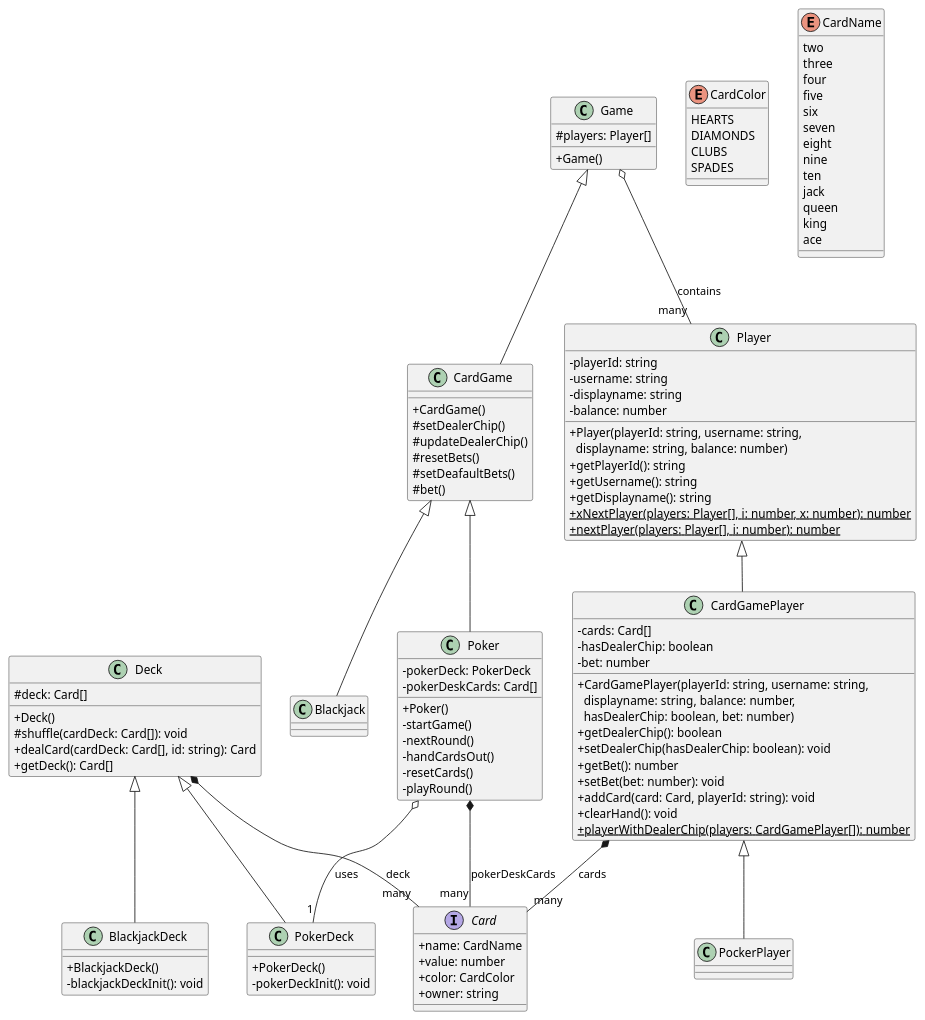
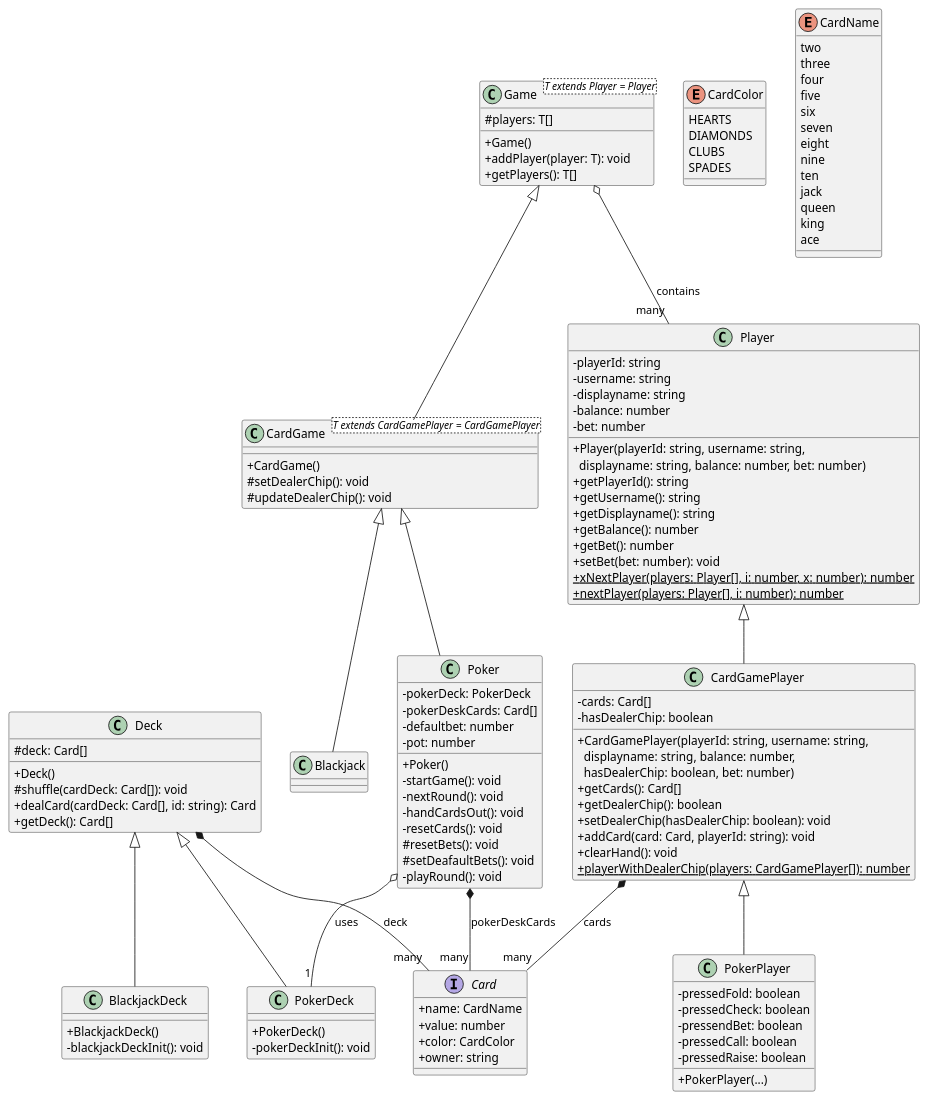
One commit to FelixZannantoni/OnlineCasino changed the diagram in backend/src/gameLogic/gameLogic.puml. Above: the diagram before and after it, drawn with PlantUML.

Commit message:
updated class diagram

```diff
--- a/backend/src/gameLogic/gameLogic.puml
+++ b/backend/src/gameLogic/gameLogic.puml
@@ -1,126 +1,137 @@
 @startuml
 skinparam classAttributeIconSize 0
 
 interface Card {
   +name: CardName
   +value: number
   +color: CardColor
   +owner: string
 }
 
 enum CardColor {
   HEARTS
   DIAMONDS
   CLUBS
   SPADES
 }
 
 enum CardName {
   two
   three
   four
   five
   six
   seven
   eight
   nine
   ten
   jack
   queen
   king
   ace
 }
 
-class Game {
-  #players: Player[]
+class Game<T extends Player = Player> {
+  #players: T[]
   +Game()
+  +addPlayer(player: T): void
+  +getPlayers(): T[]
 }
 
-class CardGame {
+class CardGame<T extends CardGamePlayer = CardGamePlayer> {
   +CardGame()
-  #setDealerChip()
-  #updateDealerChip()
-  #resetBets()
-  #setDeafaultBets()
-  #bet()
+  #setDealerChip(): void
+  #updateDealerChip(): void
 }
 
 class Poker {
   -pokerDeck: PokerDeck
   -pokerDeskCards: Card[]
+  -defaultbet: number
+  -pot: number
   +Poker()
-  -startGame()
-  -nextRound()
-  -handCardsOut()
-  -resetCards()
-  -playRound()
+  -startGame(): void
+  -nextRound(): void
+  -handCardsOut(): void
+  -resetCards(): void
+  #resetBets(): void
+  #setDeafaultBets(): void
+  -playRound(): void
 }
 
 class Blackjack {
 }
 
 class Player {
   -playerId: string
   -username: string
   -displayname: string
   -balance: number
-  +Player(playerId: string, username: string, \n  displayname: string, balance: number)
+  -bet: number
+  +Player(playerId: string, username: string, \n  displayname: string, balance: number, bet: number)
   +getPlayerId(): string
   +getUsername(): string
   +getDisplayname(): string
+  +getBalance(): number
+  +getBet(): number
+  +setBet(bet: number): void
   {static} +xNextPlayer(players: Player[], i: number, x: number): number
   {static} +nextPlayer(players: Player[], i: number): number
 }
 
 class CardGamePlayer {
   -cards: Card[]
   -hasDealerChip: boolean
-  -bet: number
   +CardGamePlayer(playerId: string, username: string, \n  displayname: string, balance: number, \n  hasDealerChip: boolean, bet: number)
+  +getCards(): Card[]
   +getDealerChip(): boolean
   +setDealerChip(hasDealerChip: boolean): void
-  +getBet(): number
-  +setBet(bet: number): void
   +addCard(card: Card, playerId: string): void
   +clearHand(): void
   {static} +playerWithDealerChip(players: CardGamePlayer[]): number
 }
 
-class PockerPlayer {
+class PokerPlayer {
+  -pressedFold: boolean
+  -pressedCheck: boolean
+  -pressendBet: boolean
+  -pressedCall: boolean
+  -pressedRaise: boolean
+  +PokerPlayer(...)
 }
 
 class Deck {
   #deck: Card[]
   +Deck()
   #shuffle(cardDeck: Card[]): void
   +dealCard(cardDeck: Card[], id: string): Card
   +getDeck(): Card[]
 }
 
 class BlackjackDeck {
   +BlackjackDeck()
   -blackjackDeckInit(): void
 }
 
 class PokerDeck {
   +PokerDeck()
   -pokerDeckInit(): void
 }
 
 ' Inheritance
 Game <|-- CardGame
 CardGame <|-- Poker
 CardGame <|-- Blackjack
 Deck <|-- BlackjackDeck
 Deck <|-- PokerDeck
 Player <|-- CardGamePlayer
-CardGamePlayer <|-- PockerPlayer
+CardGamePlayer <|-- PokerPlayer
 
 ' Associations
 Game o-- "many" Player : contains
 Poker *-- "many" Card : pokerDeskCards
 CardGamePlayer *-- "many" Card : cards
 Deck *-- "many" Card : deck
 Poker o-- "1" PokerDeck : uses
 
 @enduml
```
